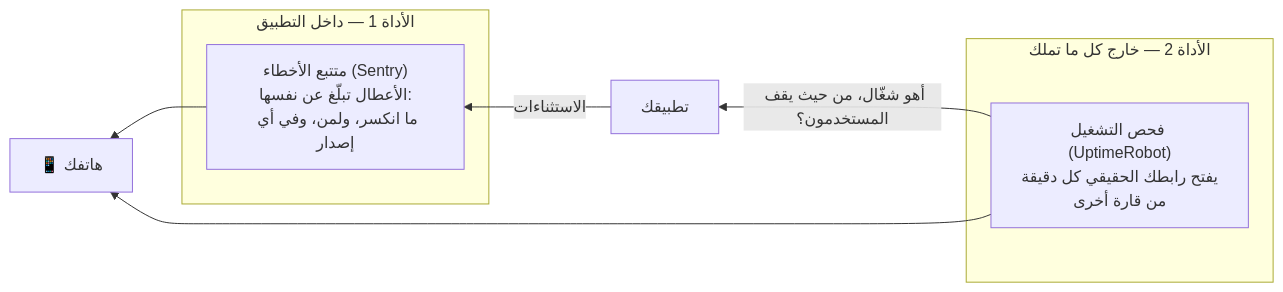
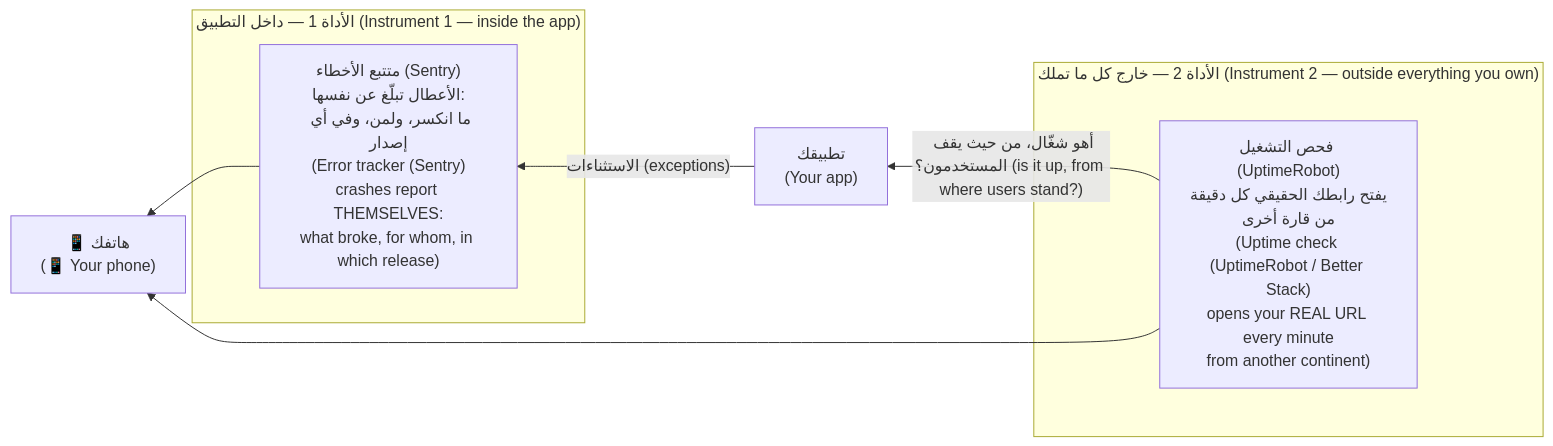
Before and after one commit to Tamoura/system-design-for-vibe-coders: the diagram in modules/01-anatomy-of-a-real-app/lesson-3-day-one-eyes.ar.md, drawn with Mermaid. The commit also changed 62 other files, not shown here.

First line of the commit message:
Arabic editions: English on every diagram label, RTL fixes, rebuild

````diff
--- a/modules/01-anatomy-of-a-real-app/lesson-3-day-one-eyes.ar.md
+++ b/modules/01-anatomy-of-a-real-app/lesson-3-day-one-eyes.ar.md
@@ -21,13 +21,13 @@
 ```mermaid
 flowchart RL
-    subgraph inside["الأداة 1 — داخل التطبيق"]
-        E["متتبع الأخطاء (Sentry)<br/>الأعطال تبلّغ عن نفسها:<br/>ما انكسر، ولمن، وفي أي إصدار"]
+    subgraph inside["الأداة 1 — داخل التطبيق (Instrument 1 — inside the app)"]
+        E["متتبع الأخطاء (Sentry)<br/>الأعطال تبلّغ عن نفسها:<br/>ما انكسر، ولمن، وفي أي إصدار<br/>(Error tracker (Sentry)<br/>crashes report THEMSELVES:<br/>what broke, for whom, in which release)"]
     end
-    subgraph outside["الأداة 2 — خارج كل ما تملك"]
-        U["فحص التشغيل (UptimeRobot)<br/>يفتح رابطك الحقيقي كل دقيقة<br/>من قارة أخرى"]
+    subgraph outside["الأداة 2 — خارج كل ما تملك (Instrument 2 — outside everything you own)"]
+        U["فحص التشغيل (UptimeRobot)<br/>يفتح رابطك الحقيقي كل دقيقة<br/>من قارة أخرى<br/>(Uptime check (UptimeRobot / Better Stack)<br/>opens your REAL URL every minute<br/>from another continent)"]
     end
-    APP["تطبيقك"] -->|"الاستثناءات"| E
-    U -->|"أهو شغّال، من حيث يقف المستخدمون؟"| APP
-    E --> PHONE["📱 هاتفك"]
+    APP["تطبيقك<br/>(Your app)"] -->|"الاستثناءات (exceptions)"| E
+    U -->|"أهو شغّال، من حيث يقف المستخدمون؟ (is it up, from where users stand?)"| APP
+    E --> PHONE["📱 هاتفك<br/>(📱 Your phone)"]
     U --> PHONE
 ```
````
